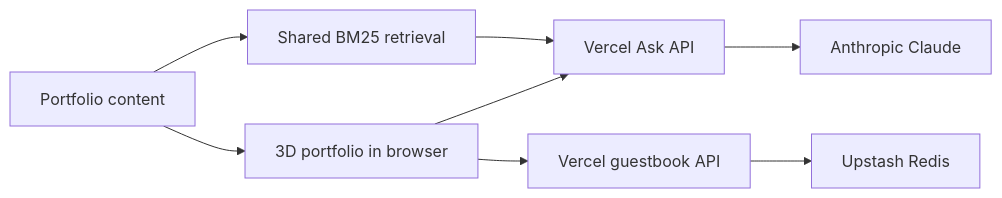
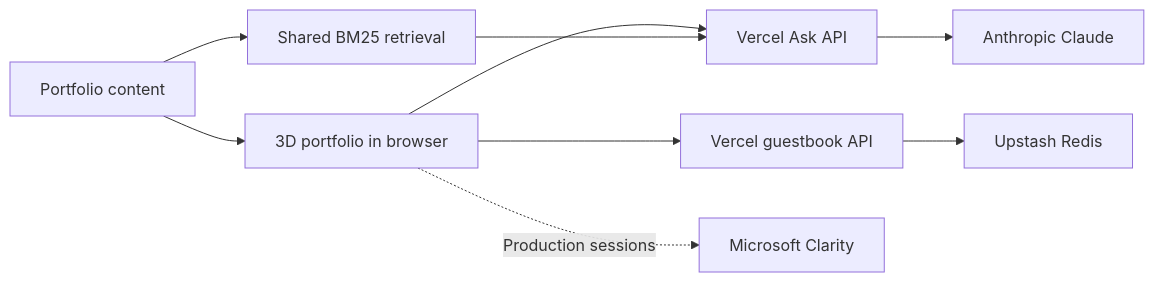
Before and after one commit to akabonge/alo_rag2: the diagram in README.md, drawn with Mermaid. The commit also changed other lines of this file and 8 other files, not shown here.

Commit message:
Add production Microsoft Clarity analytics

````diff
--- a/README.md
+++ b/README.md
@@ -15,10 +15,11 @@
 ```mermaid
 flowchart LR
     Content[Portfolio content] --> Browser[3D portfolio in browser]
     Content --> Retrieval[Shared BM25 retrieval]
     Browser --> Ask[Vercel Ask API]
     Retrieval --> Ask
     Ask --> Claude[Anthropic Claude]
     Browser --> Guestbook[Vercel guestbook API]
     Guestbook --> Redis[Upstash Redis]
+    Browser -.->|Production sessions| Clarity[Microsoft Clarity]
 ```
````
